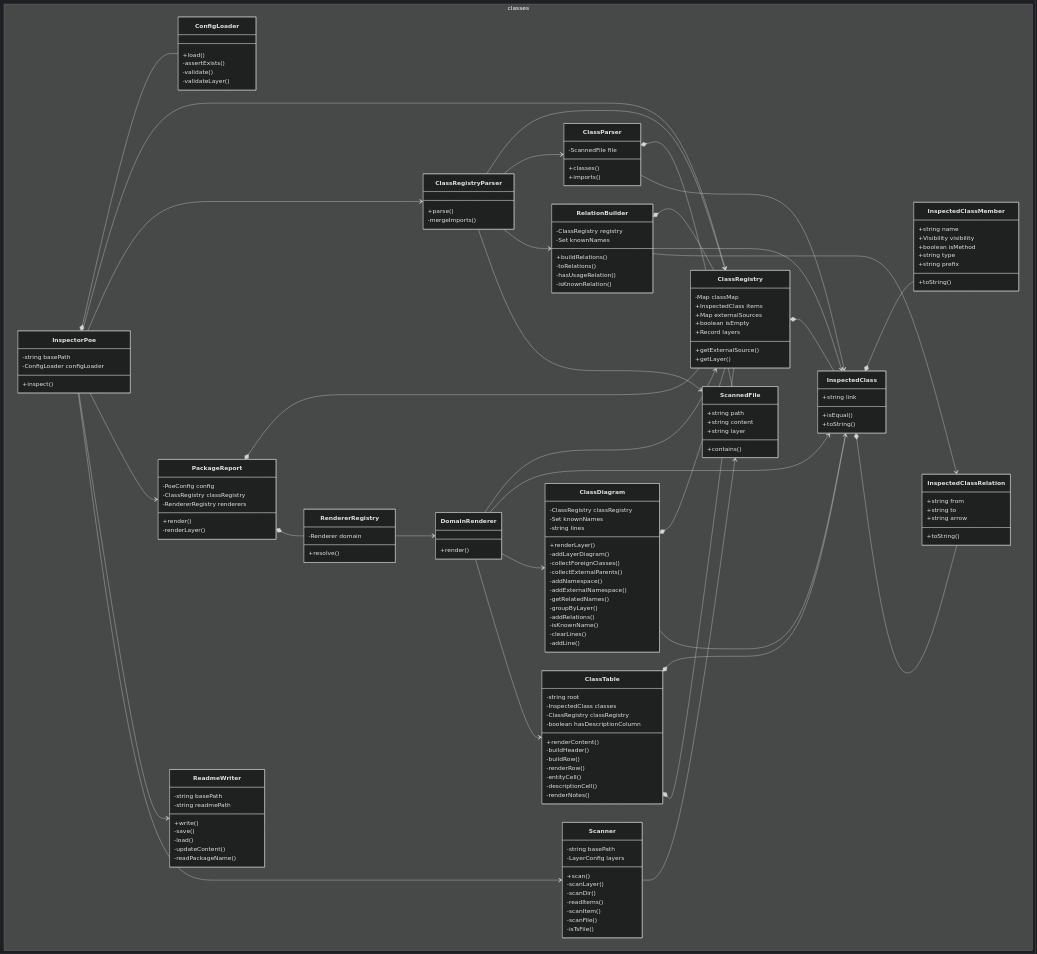
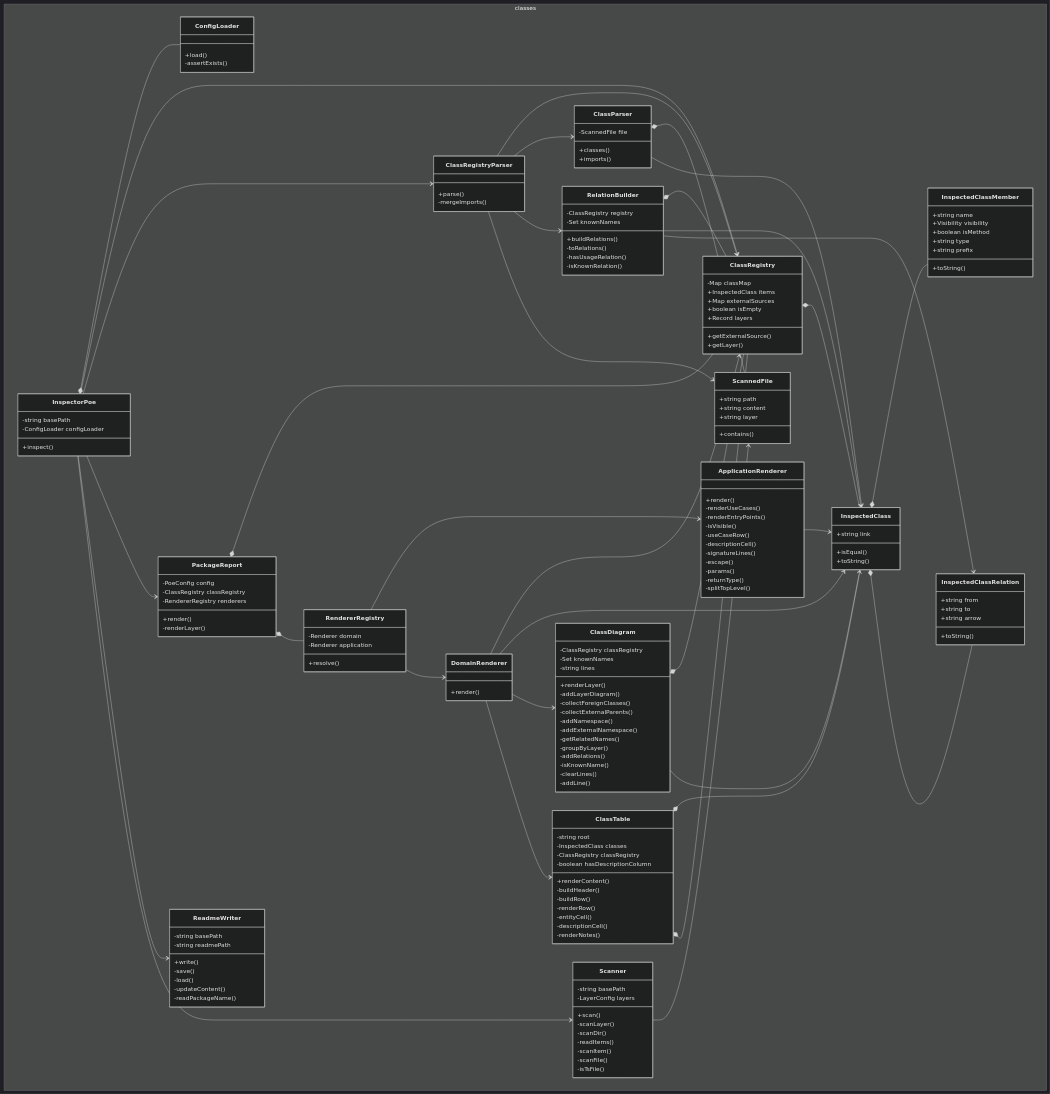
One commit to pslotinsky/decay-of-magic changed the diagram in packages/poe/README.md. Above: the diagram before and after it, drawn with Mermaid (dark theme). The commit also changed other lines of this file and 16 other files, not shown here.

Commit message:
DOD-0014: Add poe use cases layer

````diff
--- a/packages/poe/README.md
+++ b/packages/poe/README.md
@@ -56,8 +56,6 @@
     class ConfigLoader {
       +load()
       -assertExists()
-      -validate()
-      -validateLayer()
     }
     class InspectorPoe {
       -string basePath
@@ -110,11 +108,25 @@
       -updateContent()
       -readPackageName()
     }
+    class ApplicationRenderer {
+      +render()
+      -renderUseCases()
+      -renderEntryPoints()
+      -isVisible()
+      -useCaseRow()
+      -descriptionCell()
+      -signatureLines()
+      -escape()
+      -params()
+      -returnType()
+      -splitTopLevel()
+    }
     class DomainRenderer {
       +render()
     }
     class RendererRegistry {
       -Renderer domain
+      -Renderer application
       +resolve()
     }
     class ScannedFile {
@@ -160,10 +172,12 @@
   ClassTable *-- ClassRegistry
   PackageReport *-- ClassRegistry
   PackageReport *-- RendererRegistry
+  ApplicationRenderer --> InspectedClass
   DomainRenderer --> ClassRegistry
   DomainRenderer --> InspectedClass
   DomainRenderer --> ClassDiagram
   DomainRenderer --> ClassTable
+  RendererRegistry --> ApplicationRenderer
   RendererRegistry --> DomainRenderer
   Scanner --> ScannedFile
 ```
````
